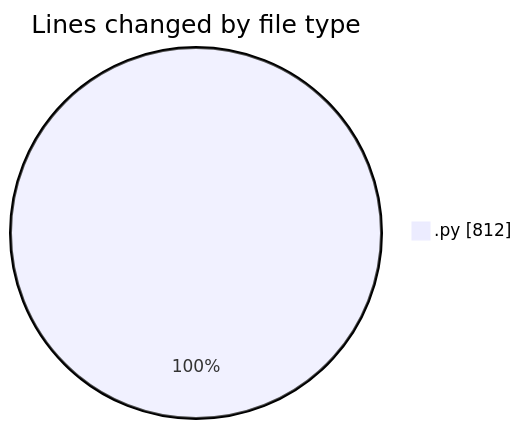
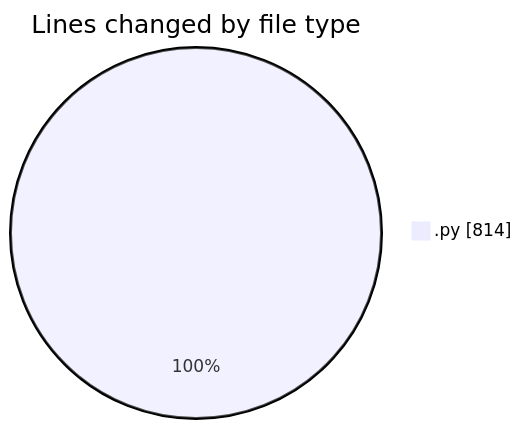
One commit to MatusMokan/code-tracking changed the first of 2 diagrams in 2025-01-12/myws__workspace_/README.md. Above: the diagram before and after it, drawn with Mermaid. The commit also changed other lines of this file and 1 other file, not shown here.

````diff
--- a/2025-01-12/myws__workspace_/README.md
+++ b/2025-01-12/myws__workspace_/README.md
@@ -22,5 +22,5 @@
 ```mermaid
 pie showData
 title Lines changed by file type
-".py" : 812
+".py" : 814
 ```
````
